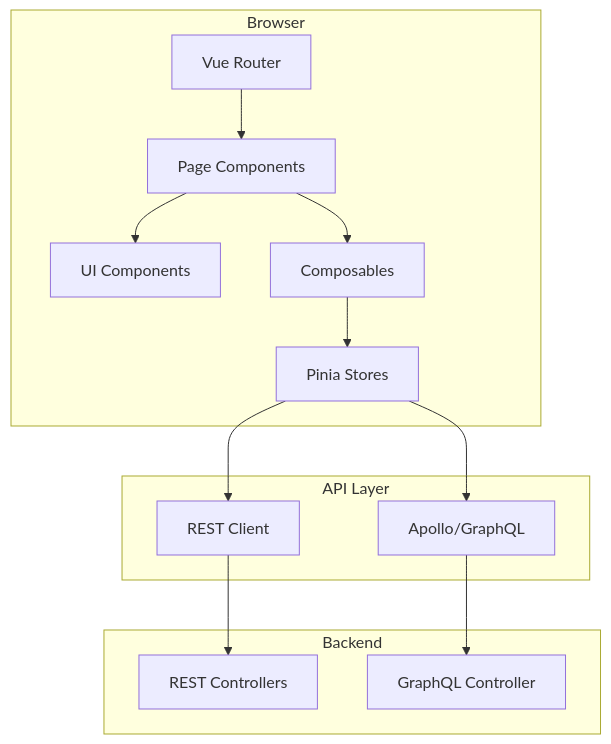
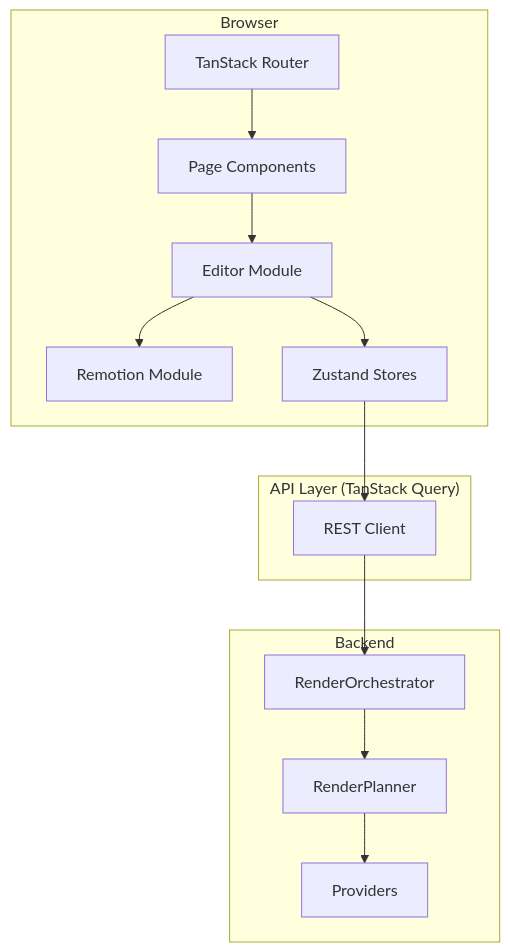
The diagram in docs/architecture/04-frontend-architecture.md (shangxq007/media-platform), drawn with Mermaid before and after one commit. The commit also changed other lines of this file and 166 other files, not shown here.

````diff
--- a/docs/architecture/04-frontend-architecture.md
+++ b/docs/architecture/04-frontend-architecture.md
@@ -85,29 +119,29 @@
 ```mermaid
 graph TB
     subgraph Browser["Browser"]
-        ROUTER["Vue Router"]
+        ROUTER["TanStack Router"]
         PAGES["Page Components"]
-        COMP["UI Components"]
-        STORES["Pinia Stores"]
-        COMPOS["Composables"]
+        EDITOR["Editor Module"]
+        REMOTION["Remotion Module"]
+        STORES["Zustand Stores"]
     end
 
-    subgraph API["API Layer"]
+    subgraph API["API Layer (TanStack Query)"]
         REST["REST Client"]
-        GQL["Apollo/GraphQL"]
     end
 
     subgraph Backend["Backend"]
-        REST_API["REST Controllers"]
-        GQL_API["GraphQL Controller"]
+        ORCHESTRATOR["RenderOrchestrator"]
+        PLANNER["RenderPlanner"]
+        PROVIDERS["Providers"]
     end
 
     ROUTER --> PAGES
-    PAGES --> COMP
-    PAGES --> COMPOS
-    COMPOS --> STORES
+    PAGES --> EDITOR
+    EDITOR --> REMOTION
+    EDITOR --> STORES
     STORES --> REST
-    STORES --> GQL
-    REST --> REST_API
-    GQL --> GQL_API
+    REST --> ORCHESTRATOR
+    ORCHESTRATOR --> PLANNER
+    PLANNER --> PROVIDERS
 ```
````
